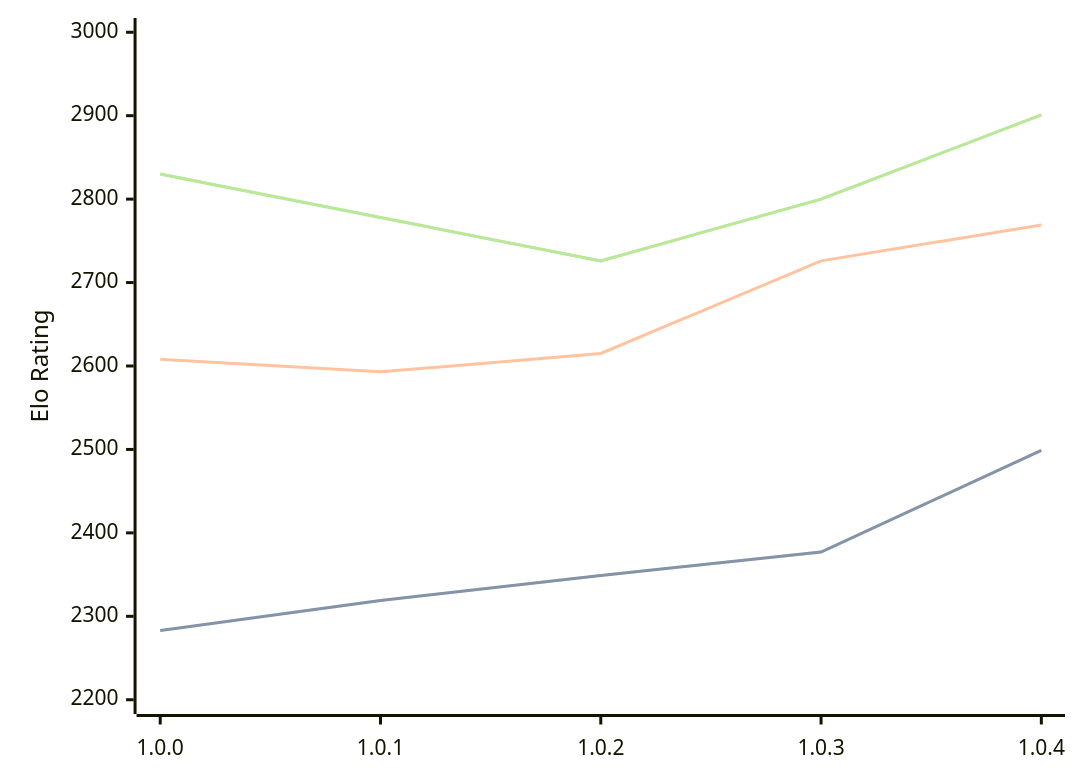
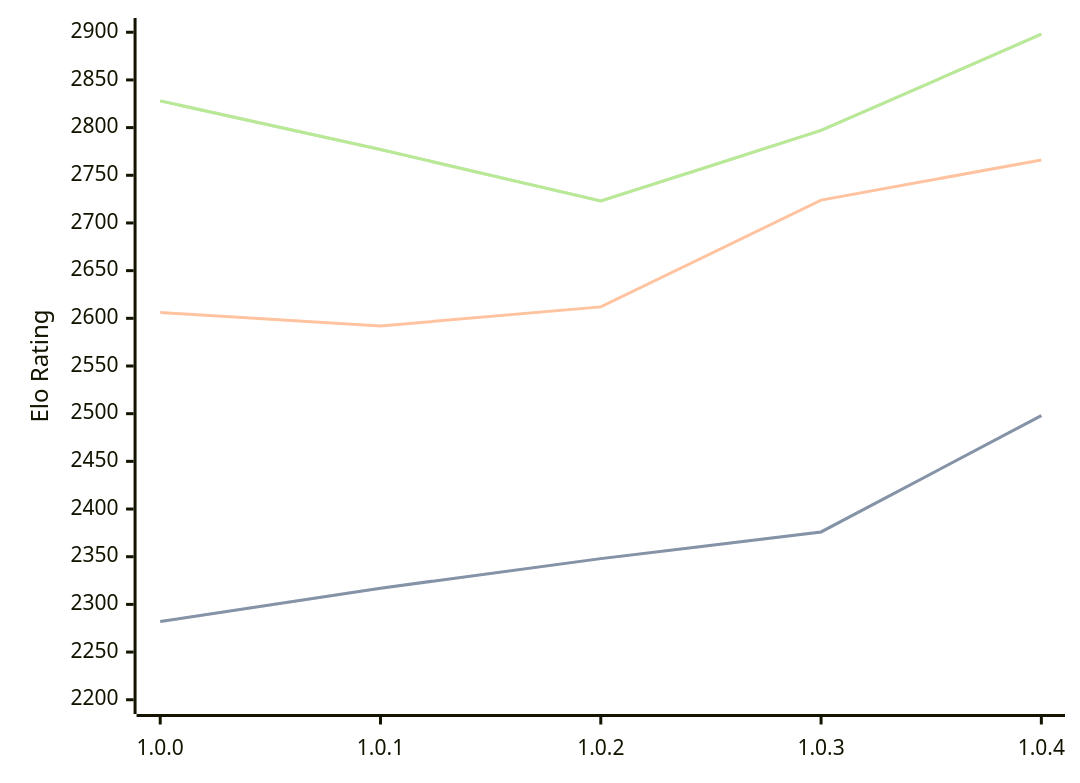
One commit to computer-chess-index/cci changed the diagram in engines/Grail.md. Above: the diagram before and after it, drawn with Mermaid. The commit also changed other lines of this file, not shown here.

Commit message:
Update CCI Ratings (ELO VLTC) - 2026-02-18

````diff
--- a/engines/Grail.md
+++ b/engines/Grail.md
@@ -32,11 +32,11 @@
 ```mermaid
 %%{init: {"theme":"base","themeVariables":{"seriesColors:['#a3a3a3','#222221','#faa371']}}}%%
 xychart-beta
   x-axis ["1.0.0", "1.0.1", "1.0.2", "1.0.3", "1.0.4"]
-  y-axis "Elo Rating" 2200 --> 3000
-  line "STC (8.0+0.08s)" [2283, 2319, 2349, 2377, 2499]
-  line "STC (8.0+0.08s)" [2283, 2319, 2349, 2377, 2499]
-  line "LTC (60.0+0.60s)" [2608, 2593, 2615, 2726, 2769]
-  line "VLTC (2m24s+1.12s)" [2830, 2778, 2726, 2800, 2901]
-  line "VLTC (2m24s+1.12s)" [2830, 2778, 2726, 2800, 2901]
+  y-axis "Elo Rating" 2200 --> 2900
+  line "STC (8.0+0.08s)" [2282, 2317, 2348, 2376, 2498]
+  line "STC (8.0+0.08s)" [2282, 2317, 2348, 2376, 2498]
+  line "LTC (60.0+0.60s)" [2606, 2592, 2612, 2724, 2766]
+  line "VLTC (2m24s+1.12s)" [2828, 2777, 2723, 2797, 2898]
+  line "VLTC (2m24s+1.12s)" [2828, 2777, 2723, 2797, 2898]
 ```
````
